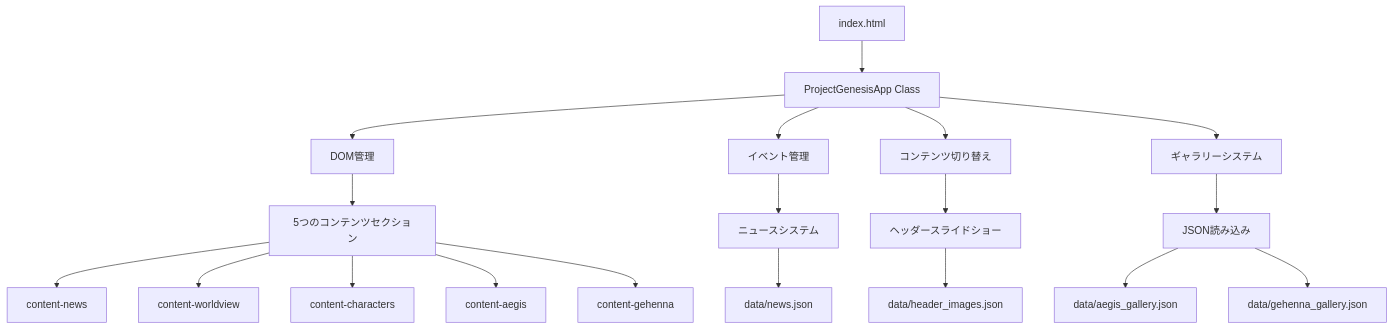
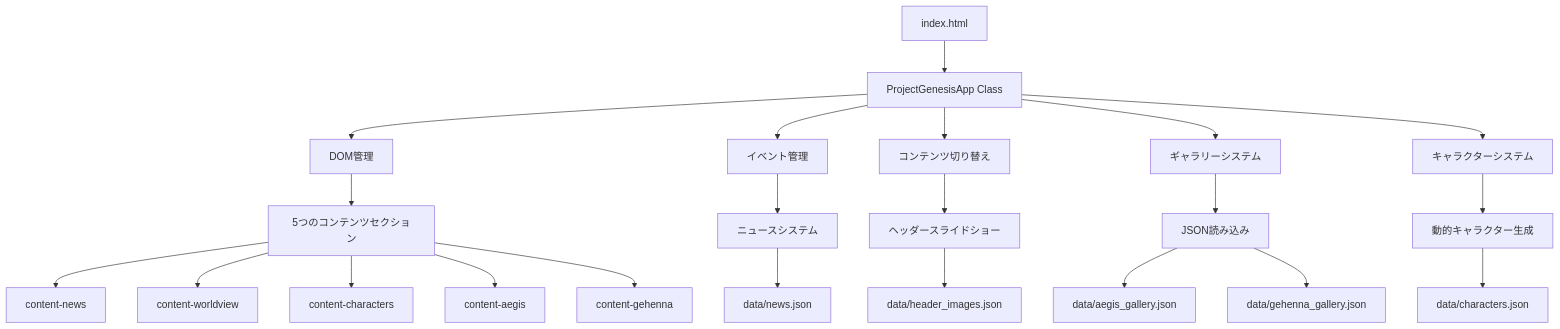
Before and after one commit to naokicreate/shojo_webpage: the first of 4 diagrams in README.md, drawn with Mermaid. The commit also changed other lines of this file and 2 other files, not shown here.

````diff
--- a/README.md
+++ b/README.md
@@ -31,25 +32,29 @@
 ```mermaid
 graph TB
     A[index.html] --> B[ProjectGenesisApp Class]
     B --> C[DOM管理]
     B --> D[イベント管理]
     B --> E[コンテンツ切り替え]
     B --> F[ギャラリーシステム]
+    B --> P[キャラクターシステム]
     
     C --> G[5つのコンテンツセクション]
     G --> H[content-news]
     G --> I[content-worldview]
     G --> J[content-characters]
     G --> K[content-aegis]
     G --> L[content-gehenna]
     
     F --> M[JSON読み込み]
     M --> N[data/aegis_gallery.json]
     M --> O[data/gehenna_gallery.json]
     
-    E --> P[ヘッダースライドショー]
-    P --> Q[data/header_images.json]
+    P --> Q[動的キャラクター生成]
+    Q --> R[data/characters.json]
     
-    D --> R[ニュースシステム]
-    R --> S[data/news.json]
+    E --> S[ヘッダースライドショー]
+    S --> T[data/header_images.json]
+    
+    D --> U[ニュースシステム]
+    U --> V[data/news.json]
 ```
````
